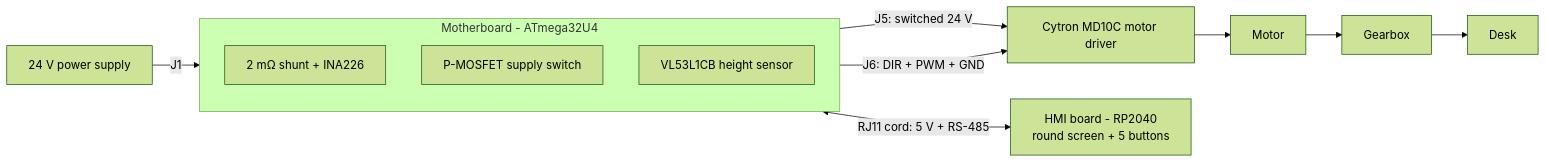
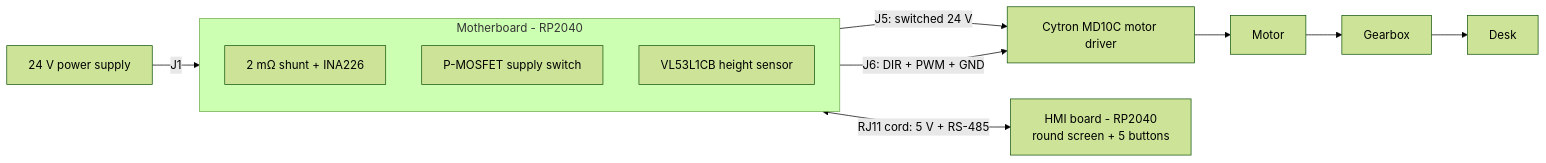
One commit to Diabltica/Desktopia changed the diagram in README.md. Above: the diagram before and after it, drawn with Mermaid (forest theme). The commit also changed other lines of this file and 32 other files, not shown here.

````diff
--- a/README.md
+++ b/README.md
@@ -12,14 +12,14 @@
 ```mermaid
 flowchart LR
     PSU[24 V power supply] -->|J1| MB
-    subgraph MB[Motherboard - ATmega32U4]
+    subgraph MB[Motherboard - RP2040]
         direction TB
         SHUNT[2 mΩ shunt + INA226]
         SW[P-MOSFET supply switch]
         TOF[VL53L1CB height sensor]
     end
     MB -->|J5: switched 24 V| DRV[Cytron MD10C motor driver]
     MB -->|J6: DIR + PWM + GND| DRV
     DRV --> MOTOR[Motor] --> GEAR[Gearbox] --> DESK[Desk]
     MB <-->|RJ11 cord: 5 V + RS-485| HMI[HMI board - RP2040<br/>round screen + 5 buttons]
 ```
````
